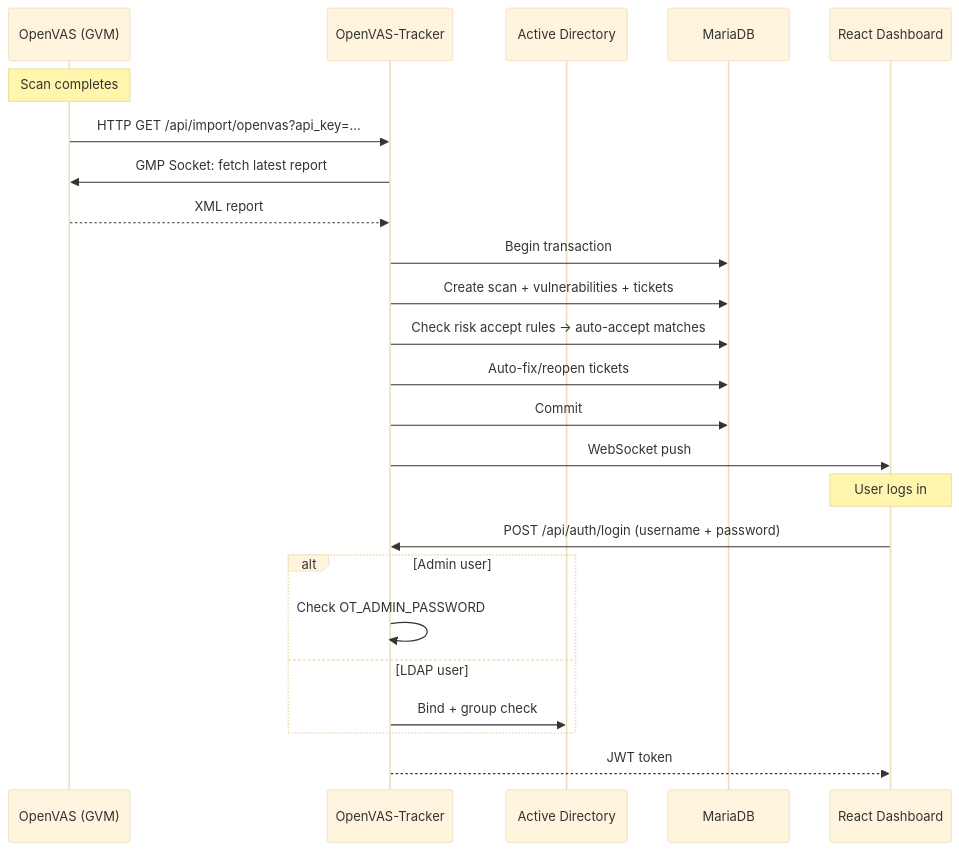
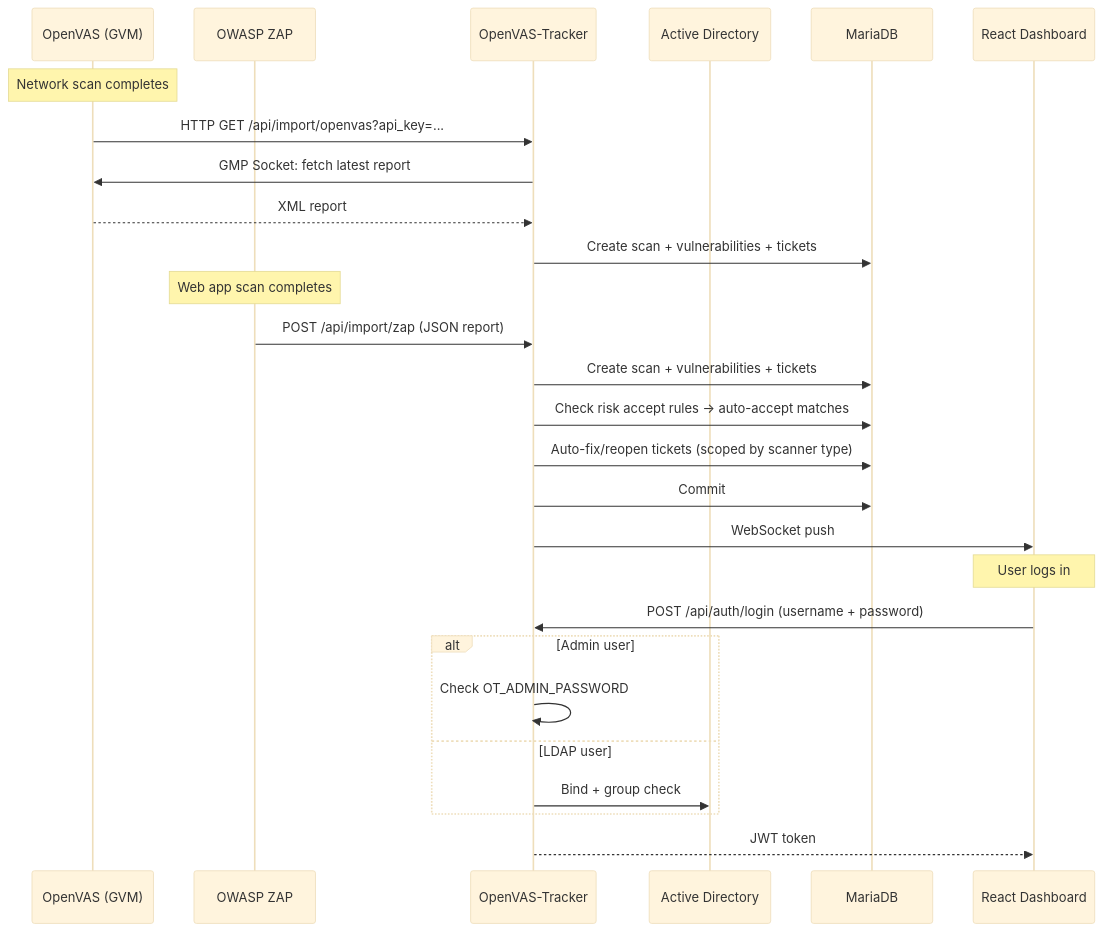
One commit to trcyberoptic/openvas-tracker changed the diagram in README.md. Above: the diagram before and after it, drawn with Mermaid (base theme). The commit also changed other lines of this file, not shown here.

Commit message:
docs: add ZAP setup and usage to README

````diff
--- a/README.md
+++ b/README.md
@@ -41,28 +43,33 @@
 ```mermaid
 sequenceDiagram
     participant OV as OpenVAS (GVM)
+    participant ZAP as OWASP ZAP
     participant TR as OpenVAS-Tracker
     participant AD as Active Directory
     participant DB as MariaDB
     participant UI as React Dashboard
 
-    Note over OV: Scan completes
+    Note over OV: Network scan completes
     OV->>TR: HTTP GET /api/import/openvas?api_key=...
     TR->>OV: GMP Socket: fetch latest report
     OV-->>TR: XML report
-    TR->>DB: Begin transaction
     TR->>DB: Create scan + vulnerabilities + tickets
+
+    Note over ZAP: Web app scan completes
+    ZAP->>TR: POST /api/import/zap (JSON report)
+    TR->>DB: Create scan + vulnerabilities + tickets
+
     TR->>DB: Check risk accept rules → auto-accept matches
-    TR->>DB: Auto-fix/reopen tickets
+    TR->>DB: Auto-fix/reopen tickets (scoped by scanner type)
     TR->>DB: Commit
     TR->>UI: WebSocket push
 
     Note over UI: User logs in
     UI->>TR: POST /api/auth/login (username + password)
     alt Admin user
         TR->>TR: Check OT_ADMIN_PASSWORD
     else LDAP user
         TR->>AD: Bind + group check
     end
     TR-->>UI: JWT token
 ```
````
